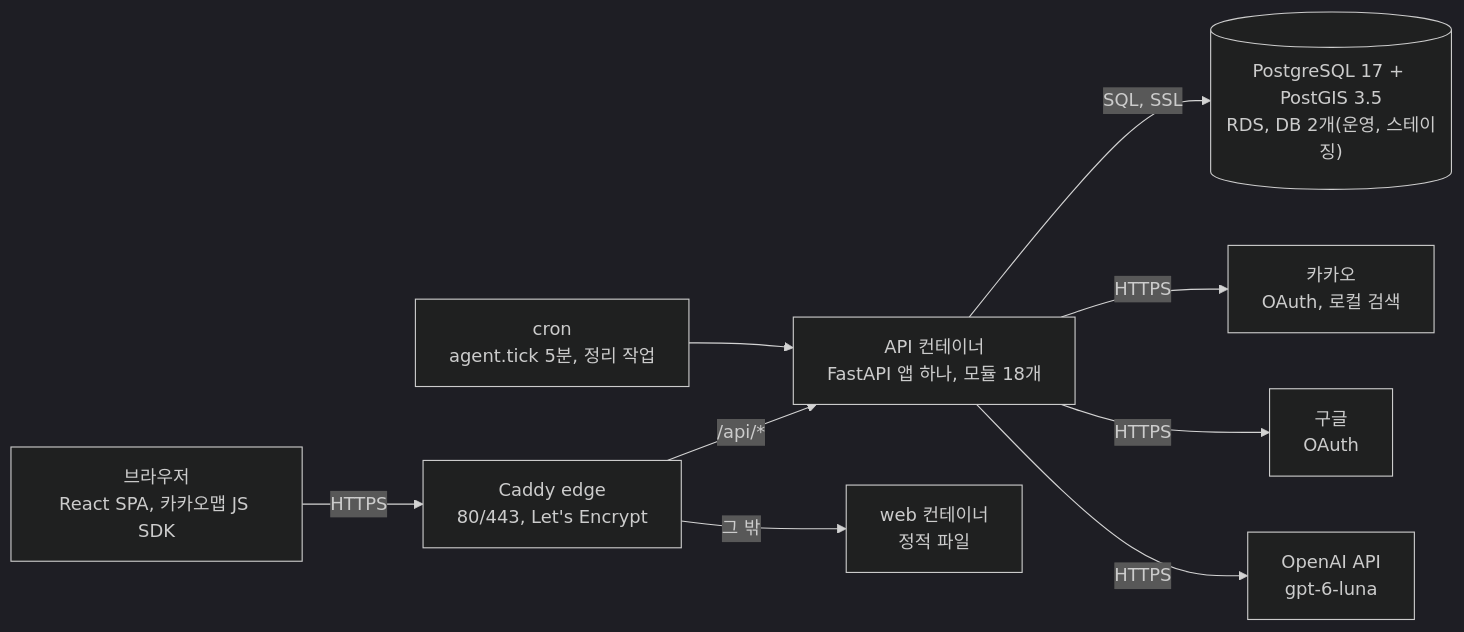
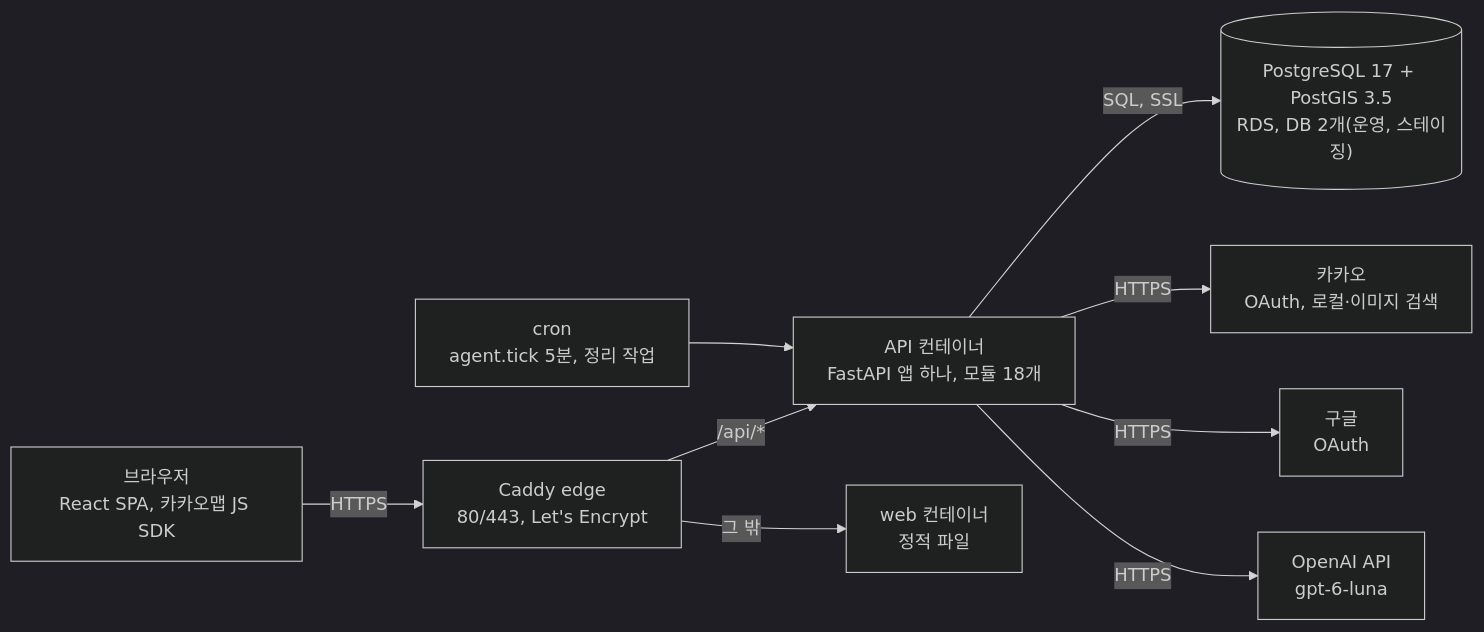
One commit to kakaotechcampus-4/ktc4-chungnam-2 changed the first of 5 diagrams in 최종기술문서.md. Above: the diagram before and after it, drawn with Mermaid (dark theme). The commit also changed other lines of this file and 14 other files, not shown here.

````diff
--- a/최종기술문서.md
+++ b/최종기술문서.md
@@ -43,11 +43,11 @@
 ```mermaid
 flowchart LR
   B["브라우저<br/>React SPA, 카카오맵 JS SDK"] -->|HTTPS| E["Caddy edge<br/>80/443, Let's Encrypt"]
   E -->|"/api/*"| A["API 컨테이너<br/>FastAPI 앱 하나, 모듈 18개"]
   E -->|그 밖| W["web 컨테이너<br/>정적 파일"]
   A -->|SQL, SSL| D[("PostgreSQL 17 + PostGIS 3.5<br/>RDS, DB 2개(운영, 스테이징)")]
-  A -->|HTTPS| K["카카오<br/>OAuth, 로컬 검색"]
+  A -->|HTTPS| K["카카오<br/>OAuth, 로컬·이미지 검색"]
   A -->|HTTPS| G["구글<br/>OAuth"]
   A -->|HTTPS| O["OpenAI API<br/>gpt-6-luna"]
   C["cron<br/>agent.tick 5분, 정리 작업"] --> A
 ```
````
